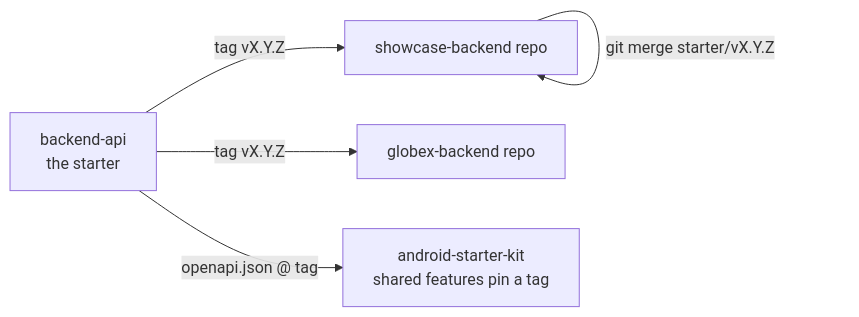
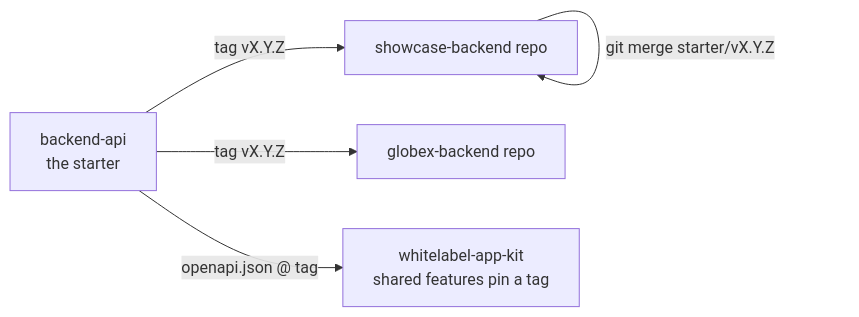
The second of 5 diagrams in docs/architecture.md (zakaria-hajja/white-label-server), drawn with Mermaid before and after one commit. The commit also changed other lines of this file and 2 other files, not shown here.

Commit message:
docs: name the app kit whitelabel-app-kit
The foundation repo was renamed from android-starter to
whitelabel-app-kit.

````diff
--- a/docs/architecture.md
+++ b/docs/architecture.md
@@ -45,7 +45,7 @@
 ```mermaid
 flowchart LR
     S[backend-api<br/>the starter] -- "tag vX.Y.Z" --> A1[showcase-backend repo]
     S -- "tag vX.Y.Z" --> A2[globex-backend repo]
     A1 -- "git merge starter/vX.Y.Z" --> A1
-    S -- "openapi.json @ tag" --> AND[android-starter-kit<br/>shared features pin a tag]
+    S -- "openapi.json @ tag" --> AND[whitelabel-app-kit<br/>shared features pin a tag]
 ```
````
